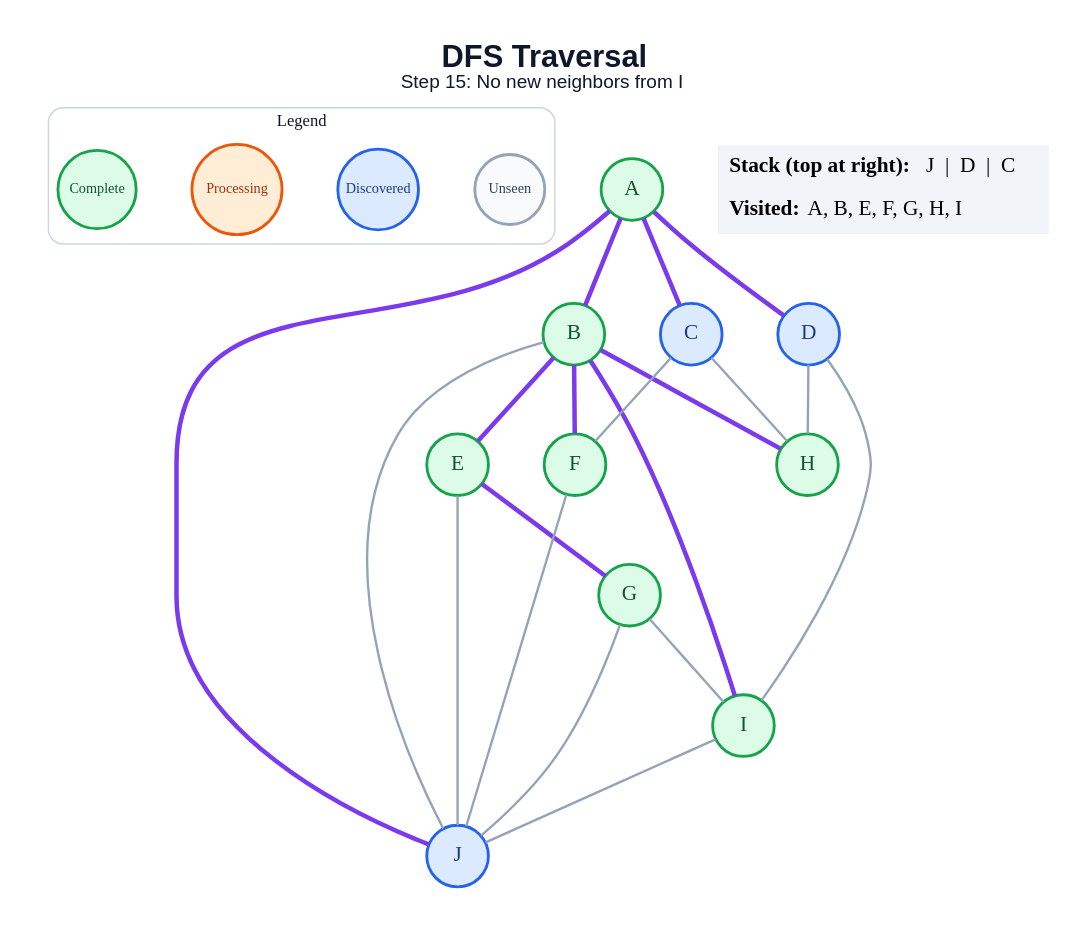
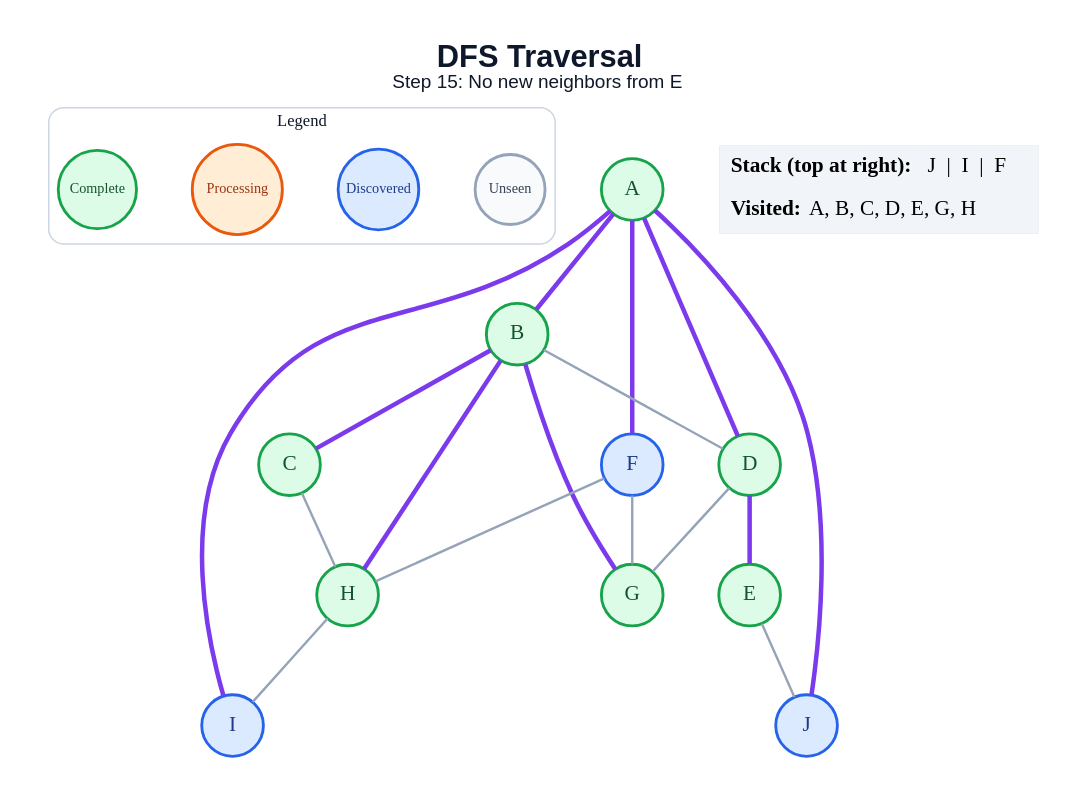
The diagram in generated/dfs/step_15.dot (anon7238593-create/ai-slop), drawn with Graphviz before and after one commit. The commit also changed 171 other files, not shown here.

```diff
--- a/generated/dfs/step_15.dot
+++ b/generated/dfs/step_15.dot
@@ -1,48 +1,45 @@
 graph traversal {
   graph [layout=dot, rankdir=TB, bgcolor="#FFFFFF", pad="0.35", nodesep="0.65", ranksep="0.8", fontname="Arial"];
   node [shape=circle, style="filled", fontname="Arial Bold", fontsize=18, width=0.72, fixedsize=true, penwidth=2.4];
   edge [color="#94A3B8", penwidth=2.0];
-  label=<<B>DFS Traversal</B><BR/><FONT POINT-SIZE="16">Step 15: No new neighbors from I</FONT>>; labelloc="t"; fontsize=26; fontname="Arial"; fontcolor="#0F172A";
+  label=<<B>DFS Traversal</B><BR/><FONT POINT-SIZE="16">Step 15: No new neighbors from E</FONT>>; labelloc="t"; fontsize=26; fontname="Arial"; fontcolor="#0F172A";
   subgraph cluster_legend { label="Legend"; color="#CBD5E1"; penwidth=1.2; style="rounded"; fontsize=14; fontname="Arial Bold";
     key_unseen [label="Unseen", fillcolor="#F8FAFC", color="#94A3B8", fontcolor="#334155", fontsize=12, width=0.82];
     key_frontier [label="Discovered", fillcolor="#DBEAFE", color="#2563EB", fontcolor="#1E3A8A", fontsize=12, width=0.95];
     key_current [label="Processing", fillcolor="#FFEDD5", color="#EA580C", fontcolor="#9A3412", fontsize=12, width=1.05];
     key_done [label="Complete", fillcolor="#DCFCE7", color="#16A34A", fontcolor="#14532D", fontsize=12, width=0.92];
     { rank=same; key_unseen; key_frontier; key_current; key_done; }
   }
   A [fillcolor="#DCFCE7", color="#16A34A", fontcolor="#14532D"];
   B [fillcolor="#DCFCE7", color="#16A34A", fontcolor="#14532D"];
-  C [fillcolor="#DBEAFE", color="#2563EB", fontcolor="#1E3A8A"];
-  D [fillcolor="#DBEAFE", color="#2563EB", fontcolor="#1E3A8A"];
+  C [fillcolor="#DCFCE7", color="#16A34A", fontcolor="#14532D"];
+  D [fillcolor="#DCFCE7", color="#16A34A", fontcolor="#14532D"];
   E [fillcolor="#DCFCE7", color="#16A34A", fontcolor="#14532D"];
-  F [fillcolor="#DCFCE7", color="#16A34A", fontcolor="#14532D"];
+  F [fillcolor="#DBEAFE", color="#2563EB", fontcolor="#1E3A8A"];
   G [fillcolor="#DCFCE7", color="#16A34A", fontcolor="#14532D"];
   H [fillcolor="#DCFCE7", color="#16A34A", fontcolor="#14532D"];
-  I [fillcolor="#DCFCE7", color="#16A34A", fontcolor="#14532D"];
+  I [fillcolor="#DBEAFE", color="#2563EB", fontcolor="#1E3A8A"];
   J [fillcolor="#DBEAFE", color="#2563EB", fontcolor="#1E3A8A"];
   A -- B [color="#7C3AED", penwidth=3.8];
-  A -- C [color="#7C3AED", penwidth=3.8];
   A -- D [color="#7C3AED", penwidth=3.8];
+  A -- F [color="#7C3AED", penwidth=3.8];
+  A -- I [color="#7C3AED", penwidth=3.8];
   A -- J [color="#7C3AED", penwidth=3.8];
-  B -- E [color="#7C3AED", penwidth=3.8];
-  B -- F [color="#7C3AED", penwidth=3.8];
+  B -- C [color="#7C3AED", penwidth=3.8];
+  B -- D;
+  B -- G [color="#7C3AED", penwidth=3.8];
   B -- H [color="#7C3AED", penwidth=3.8];
-  B -- I [color="#7C3AED", penwidth=3.8];
-  B -- J;
-  C -- F;
   C -- H;
-  D -- H;
-  D -- I;
-  E -- G [color="#7C3AED", penwidth=3.8];
+  D -- E [color="#7C3AED", penwidth=3.8];
+  D -- G;
   E -- J;
-  F -- J;
-  G -- I;
-  G -- J;
-  I -- J;
+  F -- G;
+  F -- H;
+  H -- I;
   status [shape=plain, fixedsize=false, width=0, height=0, margin=0, label=<
     <TABLE BORDER="0" CELLBORDER="0" CELLPADDING="7" BGCOLOR="#F1F5F9">
-      <TR><TD ALIGN="LEFT"><B>Stack (top at right):</B> J  |  D  |  C</TD></TR>
-      <TR><TD ALIGN="LEFT"><B>Visited:</B> A, B, E, F, G, H, I</TD></TR>
+      <TR><TD ALIGN="LEFT"><B>Stack (top at right):</B> J  |  I  |  F</TD></TR>
+      <TR><TD ALIGN="LEFT"><B>Visited:</B> A, B, C, D, E, G, H</TD></TR>
     </TABLE>
   >];
 }
```
